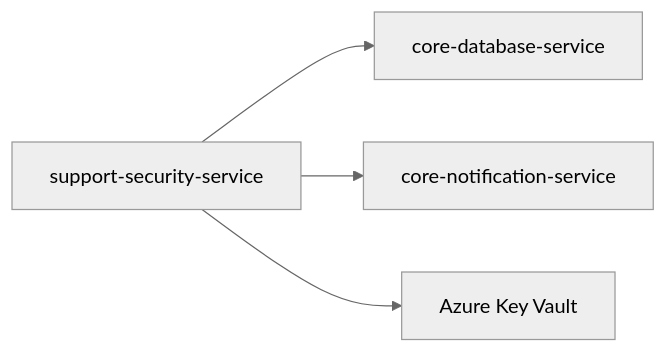
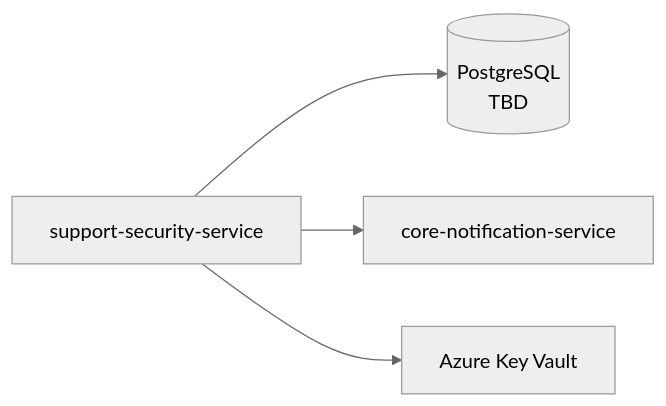
One commit to VisioBook-ESP/docs-architecture changed the second of 3 diagrams in microservices/support-security-service.md. Above: the diagram before and after it, drawn with Mermaid (neutral theme). The commit also changed other lines of this file and 15 other files, not shown here.

````diff
--- a/microservices/support-security-service.md
+++ b/microservices/support-security-service.md
@@ -169,6 +169,6 @@
 ```mermaid
 graph LR
-    SEC[support-security-service] --> DB[core-database-service]
+    SEC[support-security-service] --> PG[(PostgreSQL<br/>TBD)]
     SEC --> NOTIF[core-notification-service]
     SEC --> VAULT[Azure Key Vault]
 ```
````
